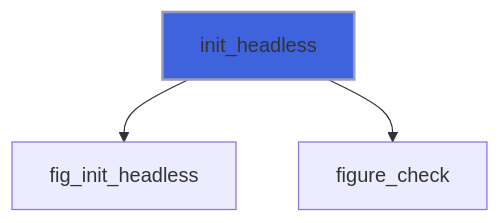
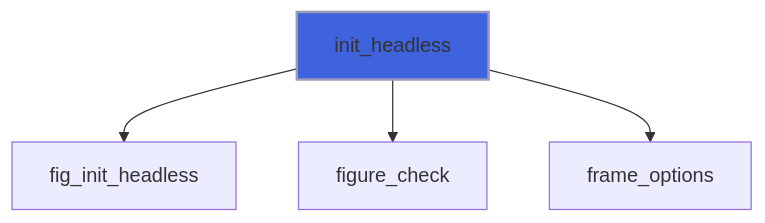
One commit to szaghi/figure changed the third of 34 diagrams in docs/api/src/lib/figure_app.md. Above: the diagram before and after it, drawn with Mermaid. The commit also changed other lines of this file and 3 other files, not shown here.

````diff
--- a/docs/api/src/lib/figure_app.md
+++ b/docs/api/src/lib/figure_app.md
@@ -171,6 +191,7 @@
 ```mermaid
 flowchart TD
   init_headless["init_headless"] --> fig_init_headless["fig_init_headless"]
   init_headless["init_headless"] --> figure_check["figure_check"]
+  init_headless["init_headless"] --> frame_options["frame_options"]
   style init_headless fill:#3e63dd,stroke:#99b,stroke-width:2px
 ```
````
